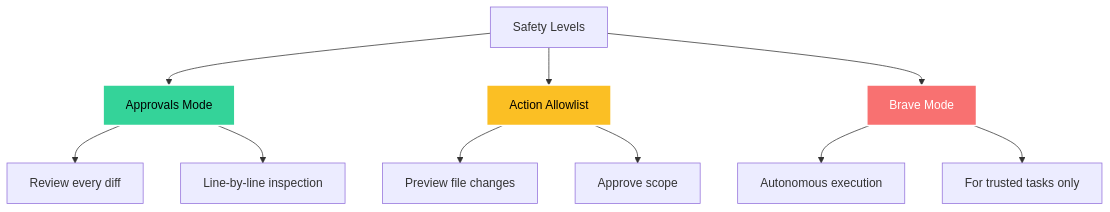
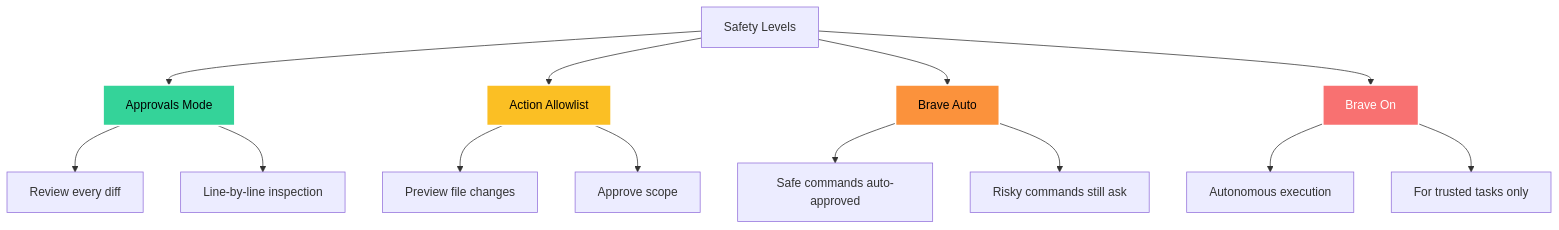
The fourth of 8 diagrams in slides.md (kousen/junie-training), drawn with Mermaid before and after one commit. The commit also changed other lines of this file and 3 other files, not shown here.

````diff
--- a/slides.md
+++ b/slides.md
@@ -443,19 +449,24 @@
 ```mermaid
 graph TD
     A[Safety Levels] --> B[Approvals Mode]
     A --> C[Action Allowlist]
-    A --> D[Brave Mode]
+    A --> D[Brave Auto]
+    A --> E[Brave On]
     
     B --> B1[Review every diff]
     B --> B2[Line-by-line inspection]
     
     C --> C1[Preview file changes]
     C --> C2[Approve scope]
     
-    D --> D1[Autonomous execution]
-    D --> D2[For trusted tasks only]
+    D --> D1[Safe commands auto-approved]
+    D --> D2[Risky commands still ask]
+    
+    E --> E1[Autonomous execution]
+    E --> E2[For trusted tasks only]
     
     style B fill:#34d399,stroke:#fff,stroke-width:2px,color:#000
     style C fill:#fbbf24,stroke:#fff,stroke-width:2px,color:#000
-    style D fill:#f87171,stroke:#fff,stroke-width:2px,color:#fff
+    style D fill:#fb923c,stroke:#fff,stroke-width:2px,color:#000
+    style E fill:#f87171,stroke:#fff,stroke-width:2px,color:#fff
 ```
````
